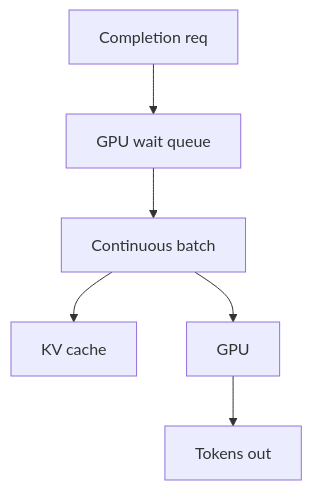
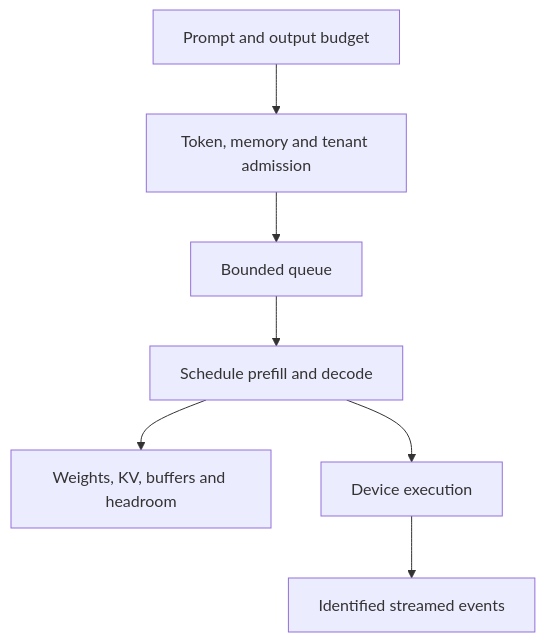
The diagram in lessons/system-design/cases/llm-serving/viz/batch.md (jdodsoncollins/study-material), drawn with Mermaid before and after one commit. The commit also changed 175 other files, not shown here.

````diff
--- a/lessons/system-design/cases/llm-serving/viz/batch.md
+++ b/lessons/system-design/cases/llm-serving/viz/batch.md
@@ -3,8 +3,9 @@
 ```mermaid
 flowchart TB
-  req[Completion req] --> q[GPU wait queue]
-  q --> batch[Continuous batch]
-  batch --> kv[KV cache]
-  batch --> gpu[GPU]
-  gpu --> tok[Tokens out]
+  req[Prompt and output budget] --> admit[Token, memory and tenant admission]
+  admit --> q[Bounded queue]
+  q --> batch[Schedule prefill and decode]
+  batch --> memory[Weights, KV, buffers and headroom]
+  batch --> gpu[Device execution]
+  gpu --> tok[Identified streamed events]
 ```
````
